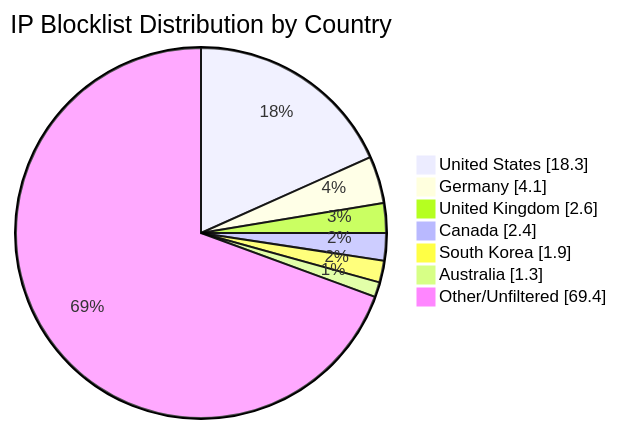
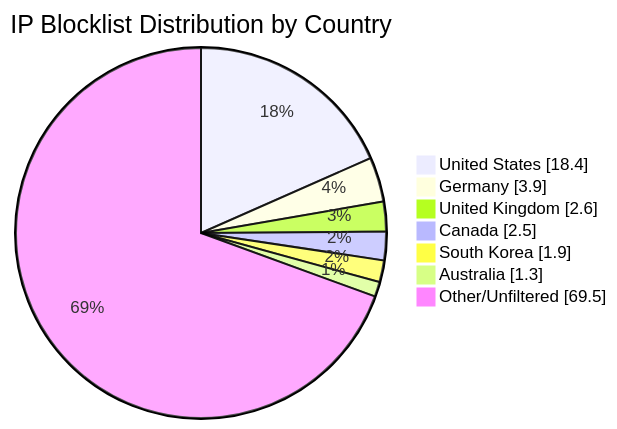
One commit to MarcusHoltz/ipblocklist-geofiltered-aggregator changed the diagram in README.md. Above: the diagram before and after it, drawn with Mermaid. The commit also changed other lines of this file and 9 other files, not shown here.

````diff
--- a/README.md
+++ b/README.md
@@ -34,10 +34,10 @@
 ```mermaid
 pie showData title IP Blocklist Distribution by Country
-"United States" : 18.3
-"Germany" : 4.1
+"United States" : 18.4
+"Germany" : 3.9
 "United Kingdom" : 2.6
-"Canada" : 2.4
+"Canada" : 2.5
 "South Korea" : 1.9
 "Australia" : 1.3
-"Other/Unfiltered" : 69.4
+"Other/Unfiltered" : 69.5
 ```
````
